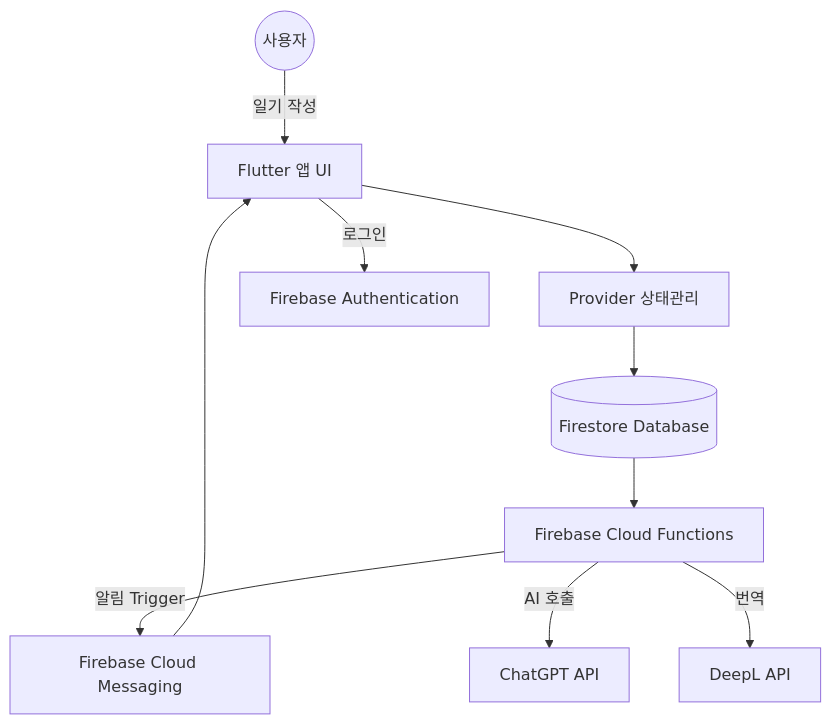
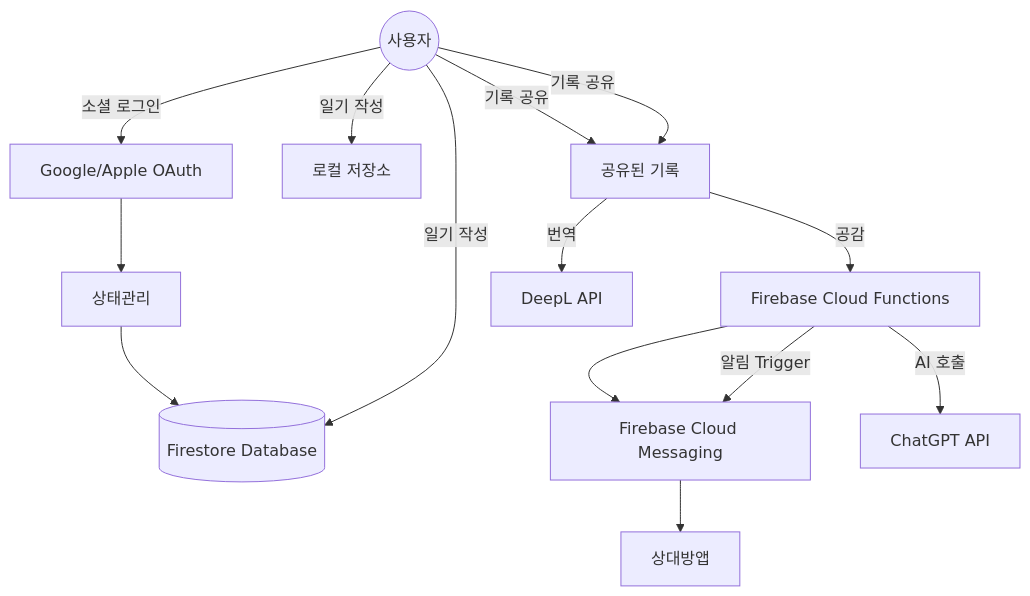
Before and after one commit to Nein-to-Sick/bandi_official: the diagram in README.md, drawn with Mermaid. The commit also changed other lines of this file, not shown here.

````diff
--- a/README.md
+++ b/README.md
@@ -77,13 +80,11 @@
 ```mermaid
 flowchart TD
 
-User((사용자)) -->|일기 작성| UI[Flutter 앱 UI]
-UI --> State[Provider 상태관리]
-UI -->|로그인| Auth[Firebase Authentication]
-State --> DB[(Firestore Database)]
-DB --> Functions[Firebase Cloud Functions]
-Functions -->|알림 Trigger| FCM[Firebase Cloud Messaging]
+User((사용자)) -->|소셜 로그인| Auth[Google/Apple OAuth] --> Provider[상태관리] --> DB[(Firestore Database)]
+User -->|일기 작성| Local[로컬 저장소] & DB
+User -->|기록 공유| Share[공유된 기록] -->|공감| Functions[Firebase Cloud Functions] --> FCM[Firebase Cloud Messaging] --> 상대방앱
+User -->|기록 공유| Share -->|번역| DeepL[DeepL API]
+
+Functions -->|알림 Trigger| FCM
 Functions -->|AI 호출| OpenAI[ChatGPT API]
-Functions -->|번역| DeepL[DeepL API]
-FCM --> UI
 ```
````
